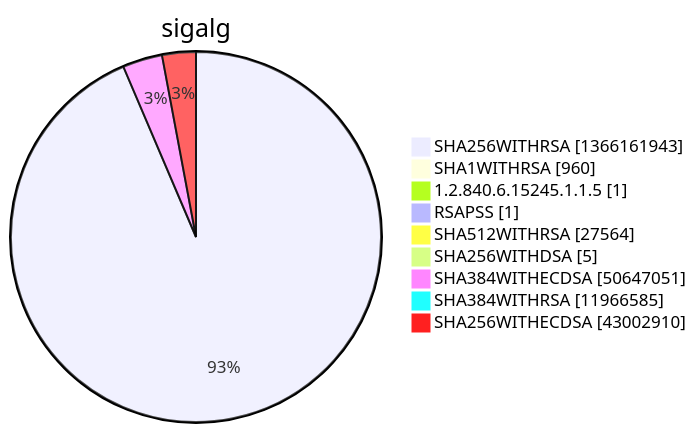
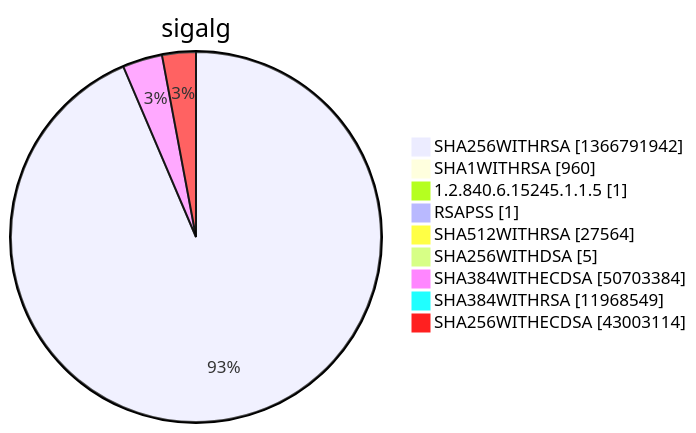
Diagram 15 of 15 in argon2022/README.md (christiankrug/ctmonitor_visualization), drawn with Mermaid before and after one commit. The commit also changed other lines of this file, not shown here.

````diff
--- a/argon2022/README.md
+++ b/argon2022/README.md
@@ -5524,13 +5524,13 @@
 ```mermaid
 pie showData
 title sigalg
-"SHA256WITHRSA" :1366161943
+"SHA256WITHRSA" :1366791942
 "SHA1WITHRSA" :960
 "1.2.840.6.15245.1.1.5" :1
 "RSAPSS" :1
 "SHA512WITHRSA" :27564
 "SHA256WITHDSA" :5
-"SHA384WITHECDSA" :50647051
-"SHA384WITHRSA" :11966585
-"SHA256WITHECDSA" :43002910
+"SHA384WITHECDSA" :50703384
+"SHA384WITHRSA" :11968549
+"SHA256WITHECDSA" :43003114
 ```
````
